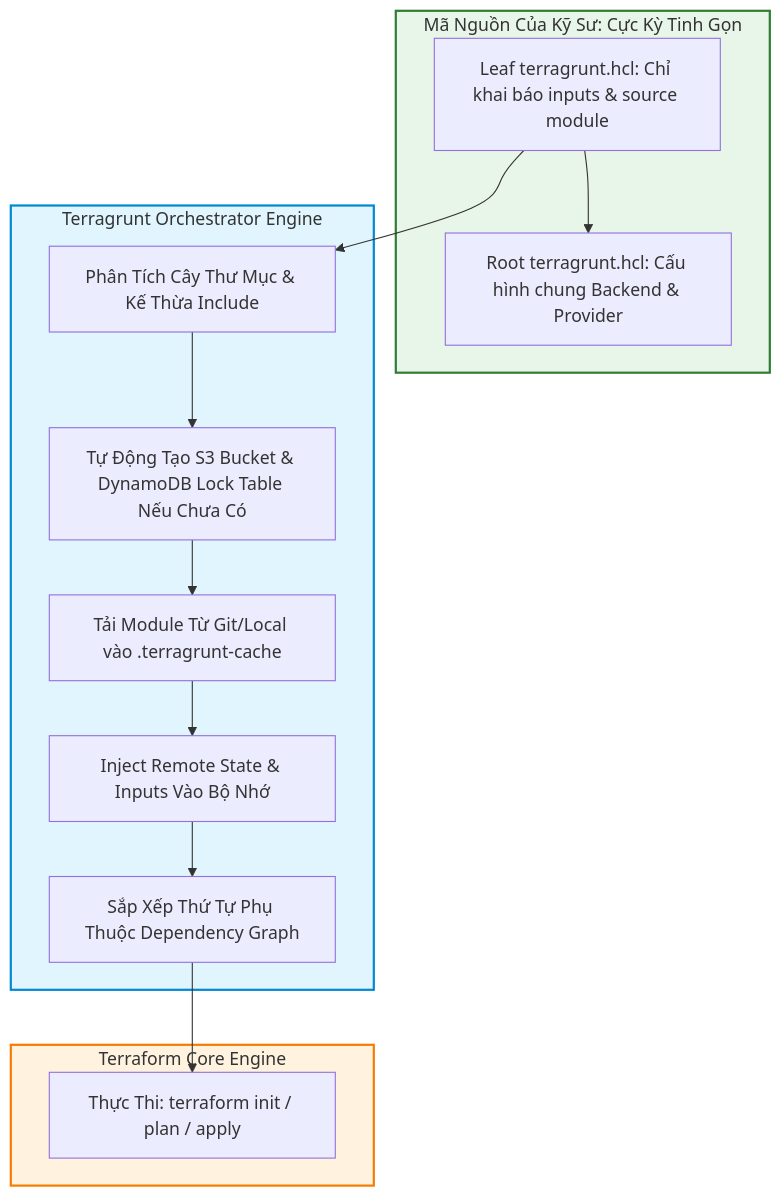
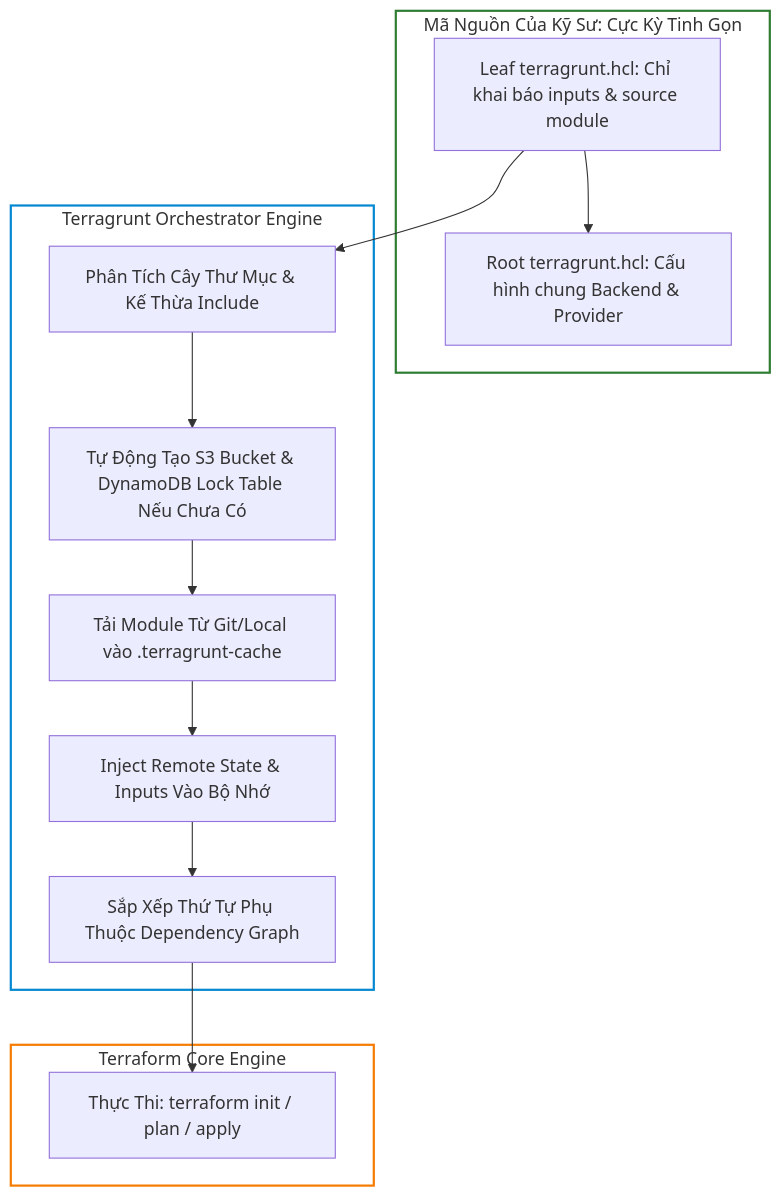
One commit to kiennt308/ntk changed the first of 4 diagrams in _posts/2026-09-13-terraform-23-23-dry-terraform-voi-terragrunt-remote-state-inputs-va-dependencies.md. Above: the diagram before and after it, drawn with Mermaid. The commit also changed other lines of this file and 207 other files, not shown here.

Commit message:
feat(posts): batch standardize all 208 posts with TL;DR, qa-card accordion, fill:none mermaid, and liquid raw wrappers

````diff
--- a/_posts/2026-09-13-terraform-23-23-dry-terraform-voi-terragrunt-remote-state-inputs-va-dependencies.md
+++ b/_posts/2026-09-13-terraform-23-23-dry-terraform-voi-terragrunt-remote-state-inputs-va-dependencies.md
@@ -37,33 +41,33 @@
 ```mermaid
 flowchart TD
     subgraph User_Workspace ["Mã Nguồn Của Kỹ Sư: Cực Kỳ Tinh Gọn"]
         ROOT_TG["Root terragrunt.hcl: Cấu hình chung Backend & Provider"]
         CHILD_TG["Leaf terragrunt.hcl: Chỉ khai báo inputs & source module"]
     end
 
     subgraph Terragrunt_Engine ["Terragrunt Orchestrator Engine"]
         PARSE["Phân Tích Cây Thư Mục & Kế Thừa Include"]
         GEN_BACKEND["Tự Động Tạo S3 Bucket & DynamoDB Lock Table Nếu Chưa Có"]
         FETCH_MOD["Tải Module Từ Git/Local vào .terragrunt-cache"]
         INJECT["Inject Remote State & Inputs Vào Bộ Nhớ"]
         DAG_SORT["Sắp Xếp Thứ Tự Phụ Thuộc Dependency Graph"]
     end
 
     subgraph Terraform_Execution ["Terraform Core Engine"]
         EXEC["Thực Thi: terraform init / plan / apply"]
     end
 
     CHILD_TG --> ROOT_TG
     CHILD_TG --> PARSE
     PARSE --> GEN_BACKEND
     GEN_BACKEND --> FETCH_MOD
     FETCH_MOD --> INJECT
     INJECT --> DAG_SORT
     DAG_SORT --> EXEC
 
-    style User_Workspace fill:#e8f5e9,stroke:#2e7d32,stroke-width:2px
-    style Terragrunt_Engine fill:#e1f5fe,stroke:#0288d1,stroke-width:2px
-    style Terraform_Execution fill:#fff3e0,stroke:#f57c00,stroke-width:2px
+    style User_Workspace fill:none,stroke:#2e7d32,stroke-width:2px
+    style Terragrunt_Engine fill:none,stroke:#0288d1,stroke-width:2px
+    style Terraform_Execution fill:none,stroke:#f57c00,stroke-width:2px
 
 
 ```
````
